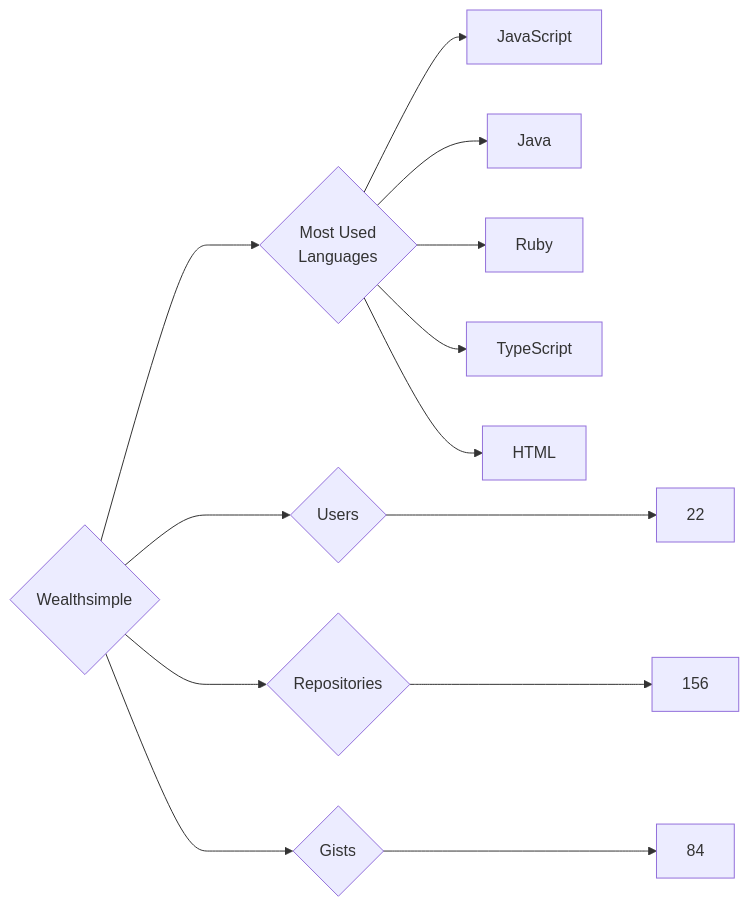
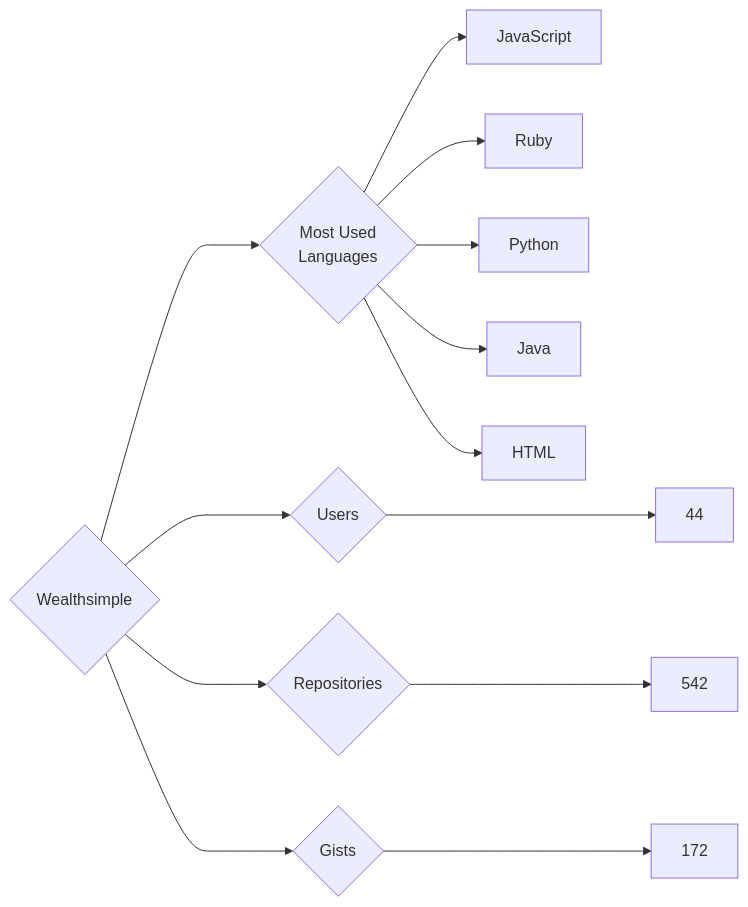
One commit to trickest/insiders changed the diagram in targets/Wealthsimple/README.md. Above: the diagram before and after it, drawn with Mermaid. The commit also changed 877 other files, not shown here.

````diff
--- a/targets/Wealthsimple/README.md
+++ b/targets/Wealthsimple/README.md
@@ -3,13 +3,13 @@
 ```mermaid
 graph LR
 COMPANY_NAME{Wealthsimple}
-COMPANY_NAME ---> U{Users} ---> UN[22]
-COMPANY_NAME ---> R{Repositories} ---> RN[156]
-COMPANY_NAME ---> G{Gists} ---> GN[84]
+COMPANY_NAME ---> U{Users} ---> UN[44]
+COMPANY_NAME ---> R{Repositories} ---> RN[542]
+COMPANY_NAME ---> G{Gists} ---> GN[172]
 COMPANY_NAME ---> ML{Most Used<br>Languages}
 ML --> JavaScript[JavaScript]
+ML --> Ruby[Ruby]
+ML --> Python[Python]
 ML --> Java[Java]
-ML --> Ruby[Ruby]
-ML --> TypeScript[TypeScript]
 ML --> HTML[HTML]
 ```
````
